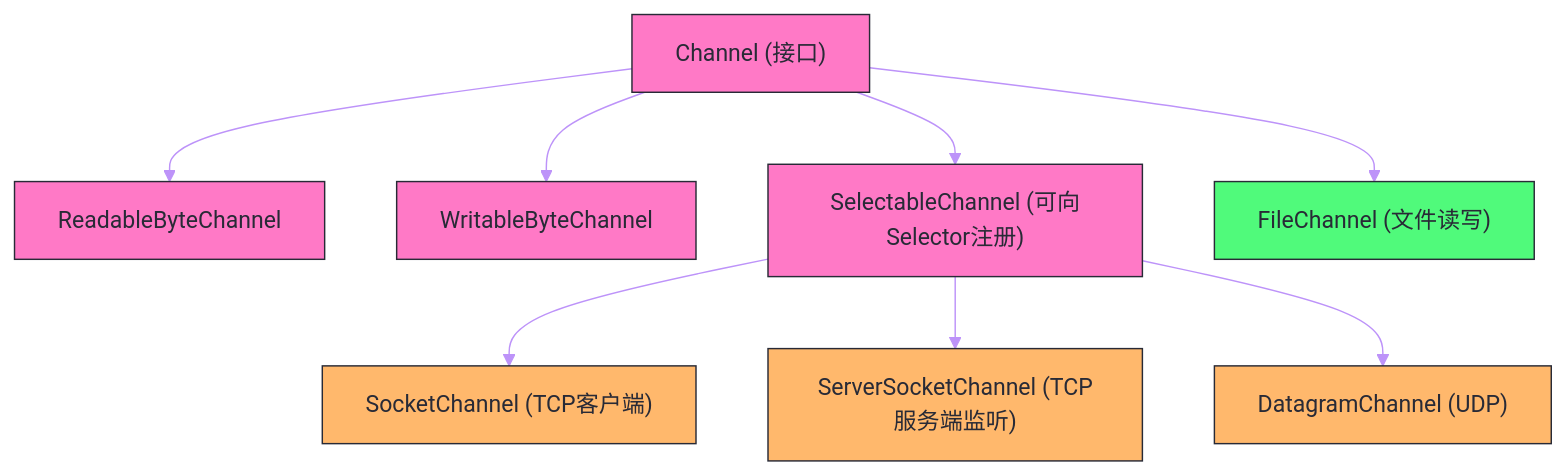
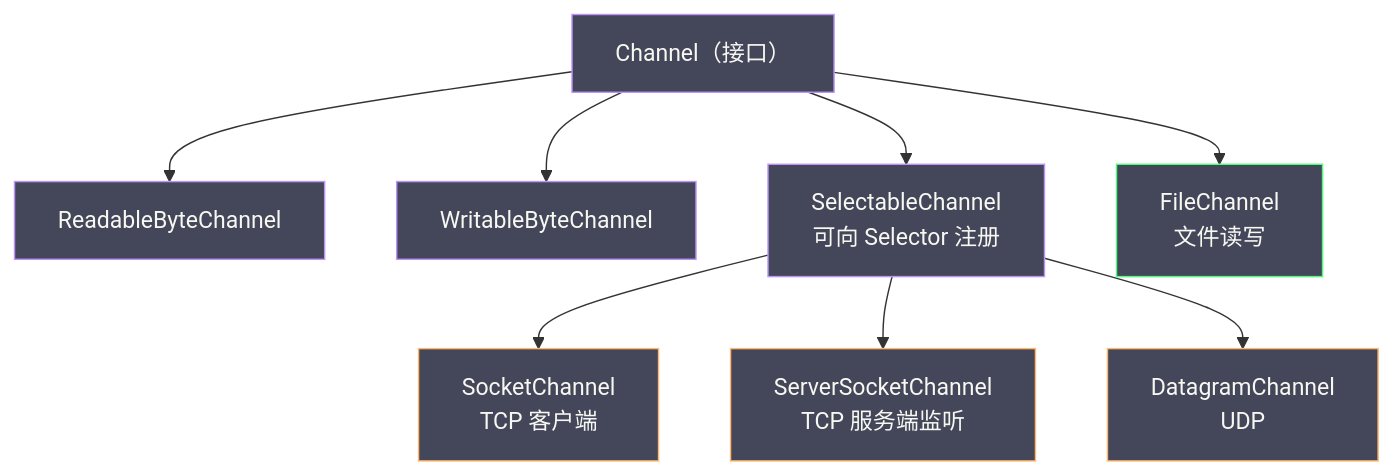
The diagram in content/Java/Netty/01 Java NIO基础——Channel、Buffer、Selector三大组件.md (hpliStartAgain/my-brain), drawn with Mermaid before and after one commit. The commit also changed other lines of this file and 15 other files, not shown here.

````diff
--- a/content/Java/Netty/01 Java NIO基础——Channel、Buffer、Selector三大组件.md
+++ b/content/Java/Netty/01 Java NIO基础——Channel、Buffer、Selector三大组件.md
@@ -224,24 +192,24 @@
 ```mermaid
-%%{init: {'theme': 'base', 'themeVariables': {'primaryColor': '#6272a4', 'primaryTextColor': '#f8f8f2', 'primaryBorderColor': '#44475a', 'lineColor': '#bd93f9', 'secondaryColor': '#44475a', 'background': '#282a36', 'mainBkg': '#44475a', 'nodeBorder': '#6272a4', 'titleColor': '#f8f8f2', 'fontFamily': 'monospace'}}}%%
+%%{init: {'theme': 'dracula'}}%%
 graph TD
-    classDef iface fill:#ff79c6,stroke:#282a36,color:#282a36
-    classDef net fill:#ffb86c,stroke:#282a36,color:#282a36
-    classDef file fill:#50fa7b,stroke:#282a36,color:#282a36
+    classDef iface fill:#44475a,stroke:#bd93f9,color:#f8f8f2
+    classDef net fill:#44475a,stroke:#ffb86c,color:#f8f8f2
+    classDef file fill:#44475a,stroke:#50fa7b,color:#f8f8f2
 
-    A["Channel (接口)"]:::iface
+    A["Channel（接口）"]:::iface
     B["ReadableByteChannel"]:::iface
     C["WritableByteChannel"]:::iface
-    D["SelectableChannel (可向Selector注册)"]:::iface
-    E["SocketChannel (TCP客户端)"]:::net
-    F["ServerSocketChannel (TCP服务端监听)"]:::net
-    G["DatagramChannel (UDP)"]:::net
-    H["FileChannel (文件读写)"]:::file
+    D["SelectableChannel<br/>可向 Selector 注册"]:::iface
+    E["SocketChannel<br/>TCP 客户端"]:::net
+    F["ServerSocketChannel<br/>TCP 服务端监听"]:::net
+    G["DatagramChannel<br/>UDP"]:::net
+    H["FileChannel<br/>文件读写"]:::file
 
     A --> B
     A --> C
     A --> D
     D --> E
     D --> F
     D --> G
     A --> H
 ```
````
